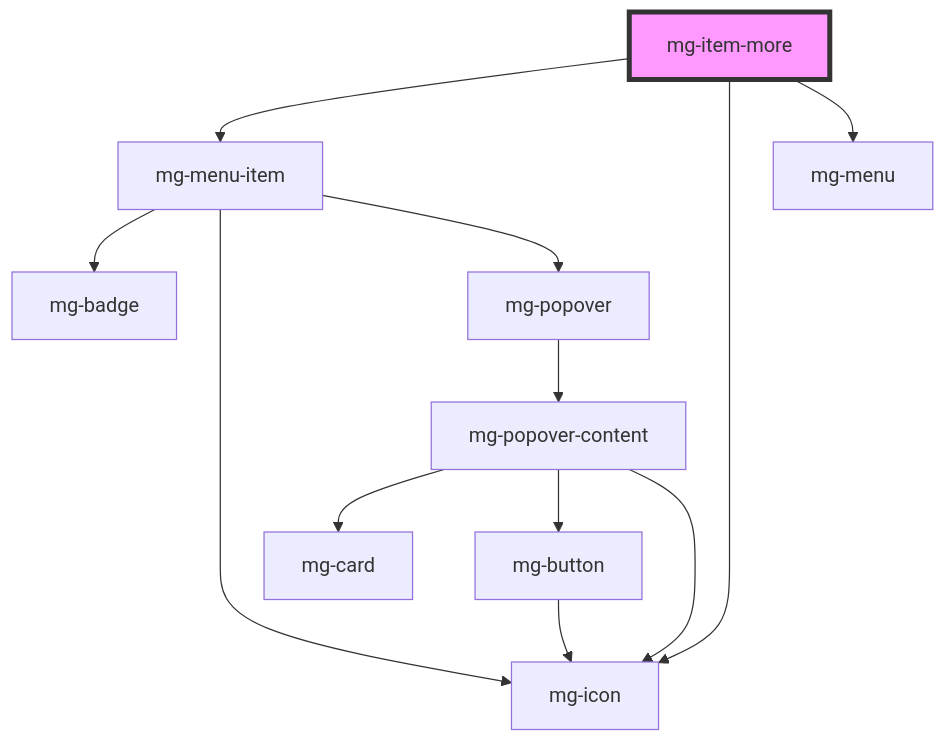
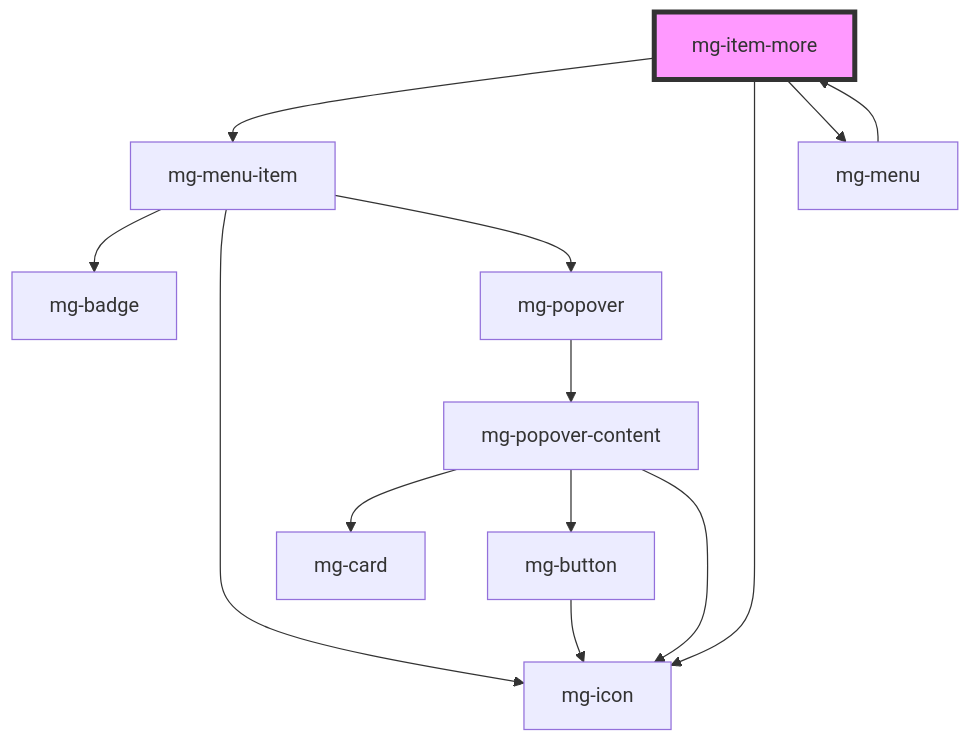
The diagram in packages/mg-components/src/components/molecules/mg-item-more/readme.md (MGDIS/core-ui), drawn with Mermaid before and after one commit. The commit also changed other lines of this file and 17 other files, not shown here.

````diff
--- a/packages/mg-components/src/components/molecules/mg-item-more/readme.md
+++ b/packages/mg-components/src/components/molecules/mg-item-more/readme.md
@@ -24,15 +28,16 @@
 ```mermaid
 graph TD;
   mg-item-more --> mg-menu-item
   mg-item-more --> mg-icon
   mg-item-more --> mg-menu
   mg-menu-item --> mg-badge
   mg-menu-item --> mg-icon
   mg-menu-item --> mg-popover
   mg-popover --> mg-popover-content
   mg-popover-content --> mg-card
   mg-popover-content --> mg-button
   mg-popover-content --> mg-icon
   mg-button --> mg-icon
+  mg-menu --> mg-item-more
   style mg-item-more fill:#f9f,stroke:#333,stroke-width:4px
 ```
````
